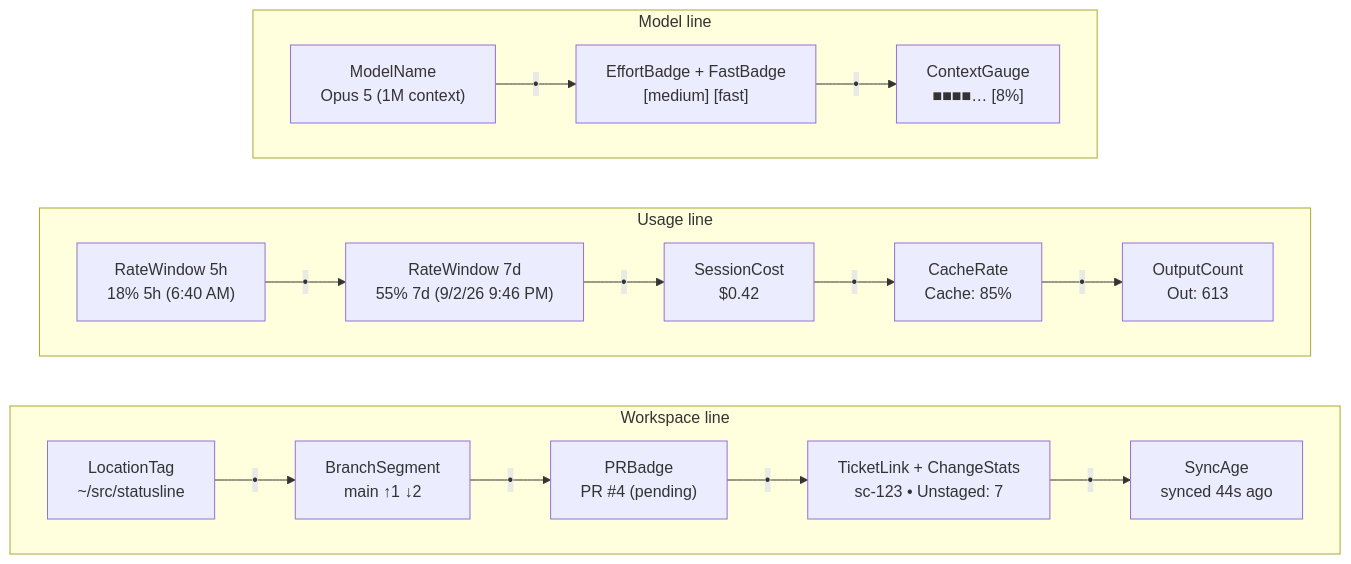
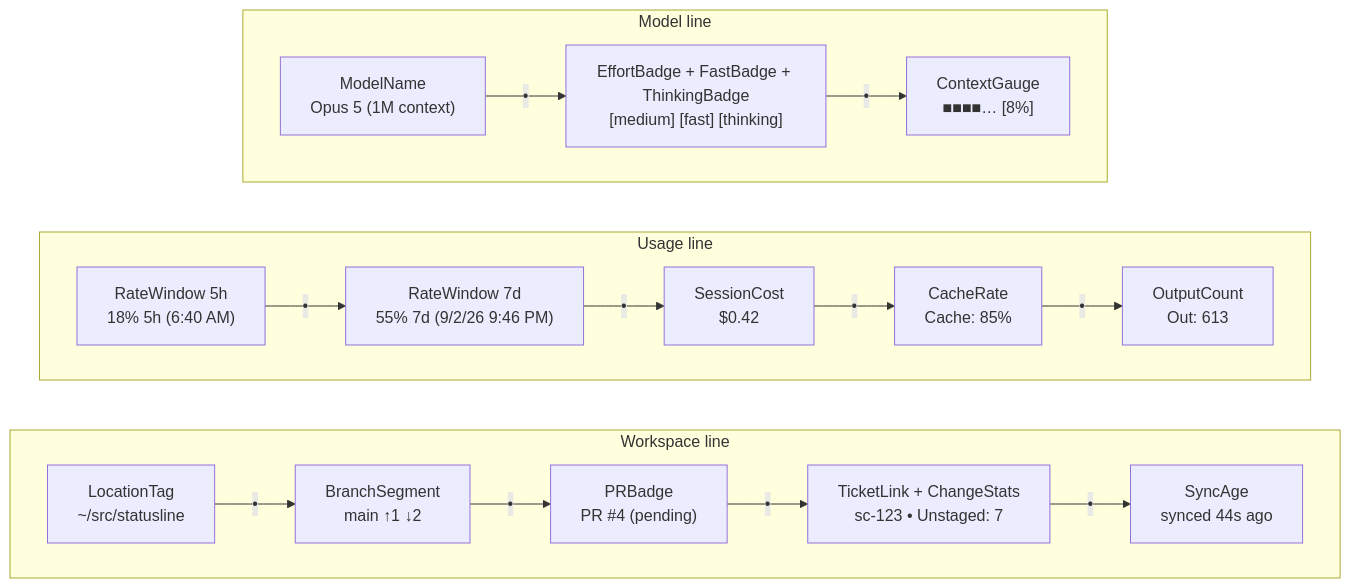
One commit to okize/statusline changed the diagram in README.md. Above: the diagram before and after it, drawn with Mermaid. The commit also changed other lines of this file and 5 other files, not shown here.

First line of the commit message:
feat: add [thinking] badge for extended thinking

````diff
--- a/README.md
+++ b/README.md
@@ -30,19 +30,19 @@
 ```mermaid
 flowchart TB
     subgraph ModelLine["Model line"]
         direction LR
-        ModelName["ModelName<br/>Opus 5 (1M context)"] -- "•" --> EffortBadge["EffortBadge + FastBadge<br/>[medium] [fast]"] -- "•" --> ContextGauge["ContextGauge<br/>■■■■… [8%]"]
+        ModelName["ModelName<br/>Opus 5 (1M context)"] -- "•" --> EffortBadge["EffortBadge + FastBadge + ThinkingBadge<br/>[medium] [fast] [thinking]"] -- "•" --> ContextGauge["ContextGauge<br/>■■■■… [8%]"]
     end
 
     subgraph UsageLine["Usage line"]
         direction LR
         RateWindow5["RateWindow 5h<br/>18% 5h (6:40 AM)"] -- "•" --> RateWindow7["RateWindow 7d<br/>55% 7d (9/2/26 9:46 PM)"] -- "•" --> SessionCost["SessionCost<br/>$0.42"] -- "•" --> CacheRate["CacheRate<br/>Cache: 85%"] -- "•" --> OutputCount["OutputCount<br/>Out: 613"]
     end
 
     subgraph WorkspaceLine["Workspace line"]
         direction LR
         LocationTag["LocationTag<br/>~/src/statusline"] -- "•" --> BranchSegment["BranchSegment<br/>main ↑1 ↓2"] -- "•" --> PRBadge["PRBadge<br/>PR #4 (pending)"] -- "•" --> ChangeStats["TicketLink + ChangeStats<br/>sc-123 • Unstaged: 7"] -- "•" --> SyncAge["SyncAge<br/>synced 44s ago"]
     end
 
     ModelLine ~~~ UsageLine ~~~ WorkspaceLine
 ```
````
